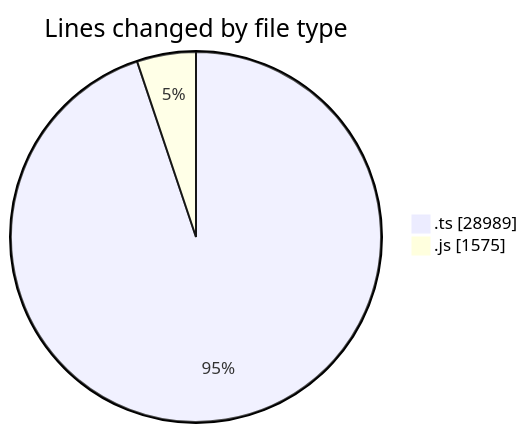
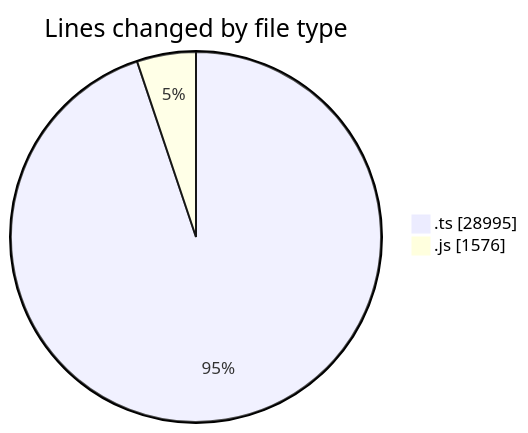
The first of 2 diagrams in 2025-06-26/cda/README.md (momahboobian/code-tracking), drawn with Mermaid before and after one commit. The commit also changed other lines of this file and 1 other file, not shown here.

````diff
--- a/2025-06-26/cda/README.md
+++ b/2025-06-26/cda/README.md
@@ -30,6 +30,6 @@
 ```mermaid
 pie showData
 title Lines changed by file type
-".ts" : 28989
-".js" : 1575
+".ts" : 28995
+".js" : 1576
 ```
````
